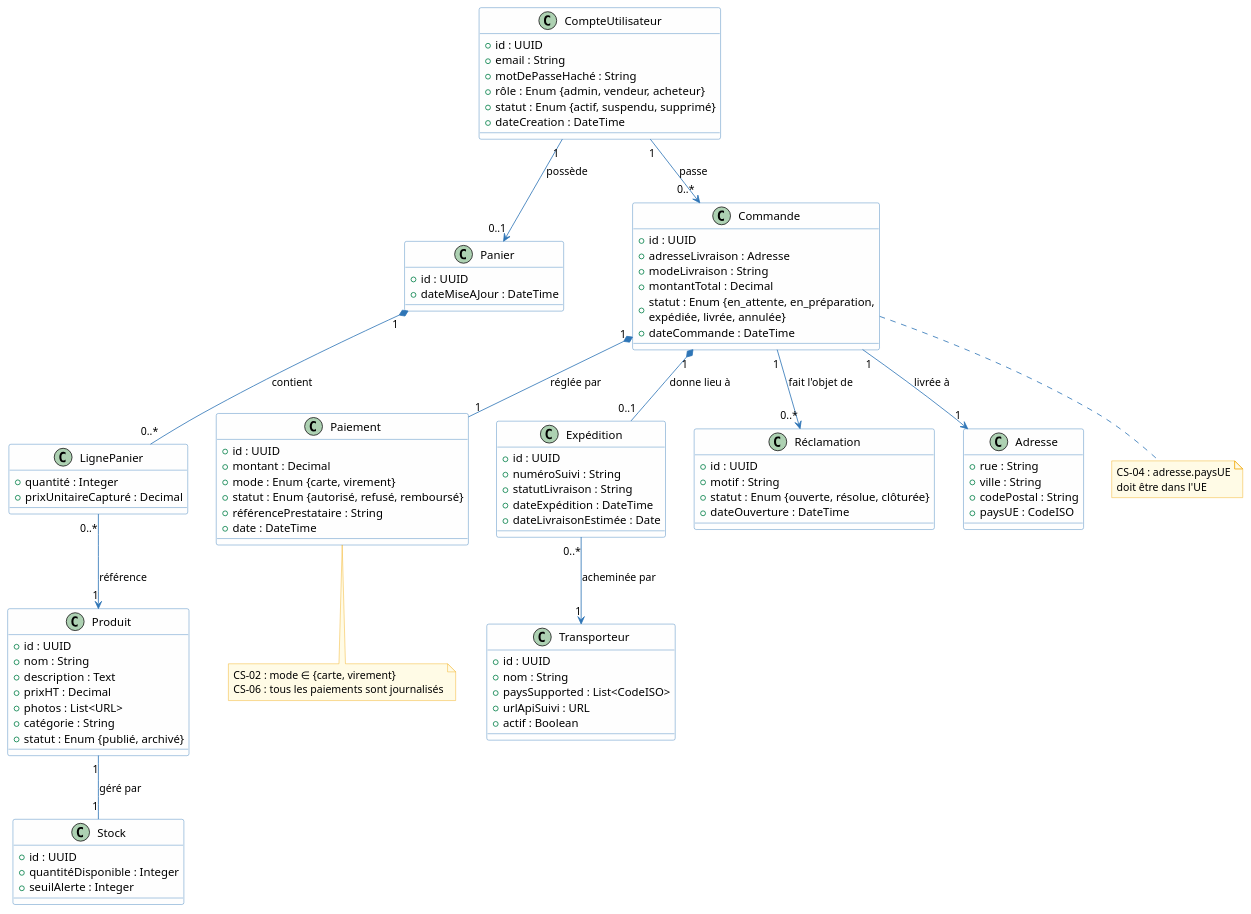
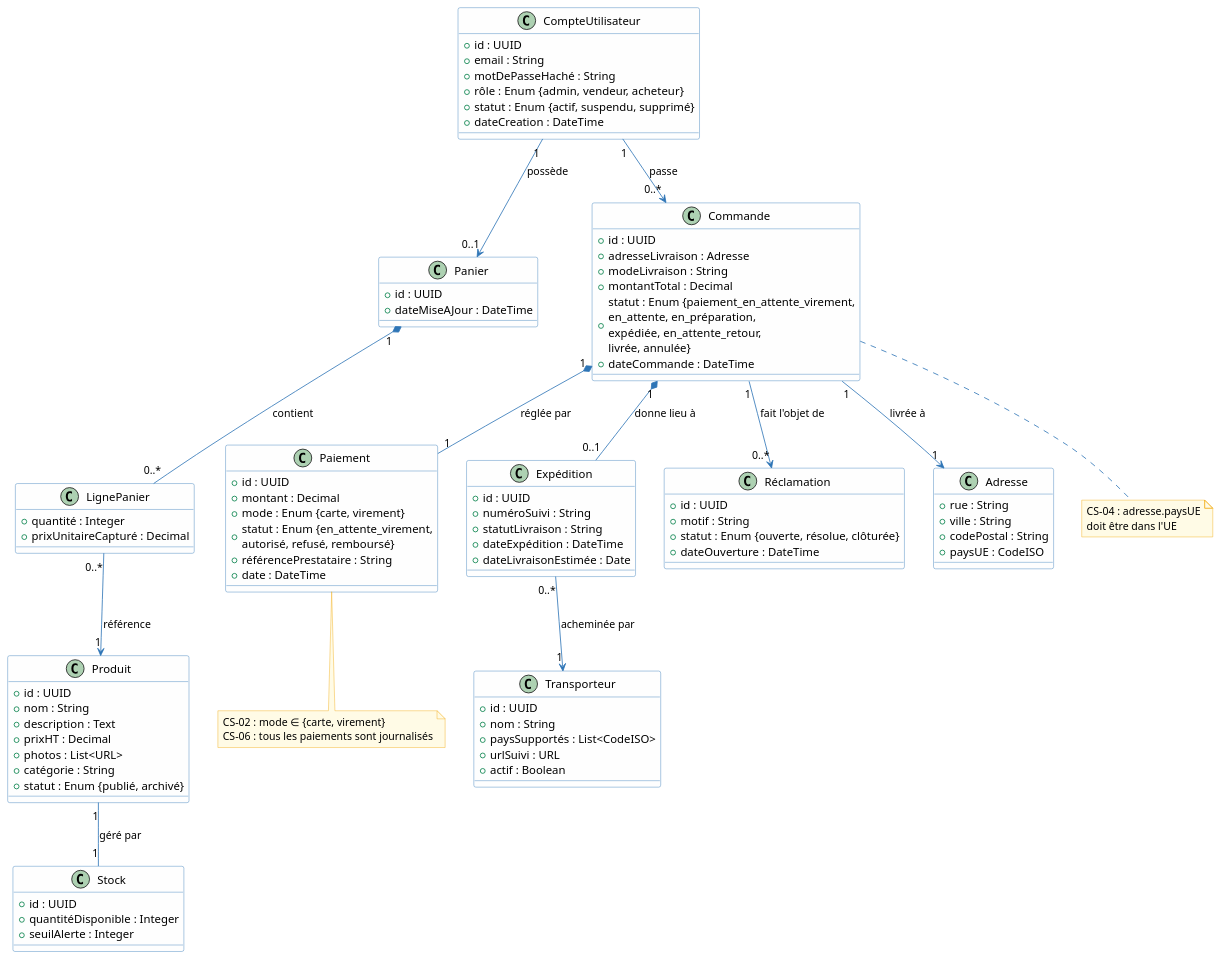
The fourth of 5 diagrams in architecture/02-system-analysis/sa.adoc (louistalvande/online_shop), drawn with PlantUML before and after one commit. The commit also changed other lines of this file and 4 other files, not shown here.

```diff
--- a/architecture/02-system-analysis/sa.adoc
+++ b/architecture/02-system-analysis/sa.adoc
@@ -978,7 +1097,7 @@
   + adresseLivraison : Adresse
   + modeLivraison : String
   + montantTotal : Decimal
-  + statut : Enum {en_attente, en_préparation,\nexpédiée, livrée, annulée}
+  + statut : Enum {paiement_en_attente_virement,\nen_attente, en_préparation,\nexpédiée, en_attente_retour,\nlivrée, annulée}
   + dateCommande : DateTime
 }
 
@@ -986,7 +1105,7 @@
   + id : UUID
   + montant : Decimal
   + mode : Enum {carte, virement}
-  + statut : Enum {autorisé, refusé, remboursé}
+  + statut : Enum {en_attente_virement,\nautorisé, refusé, remboursé}
   + référencePrestataire : String
   + date : DateTime
 }
@@ -1002,8 +1121,8 @@
 class Transporteur {
   + id : UUID
   + nom : String
-  + paysSupported : List<CodeISO>
-  + urlApiSuivi : URL
+  + paysSupportés : List<CodeISO>
+  + urlSuivi : URL
   + actif : Boolean
 }
 
```
